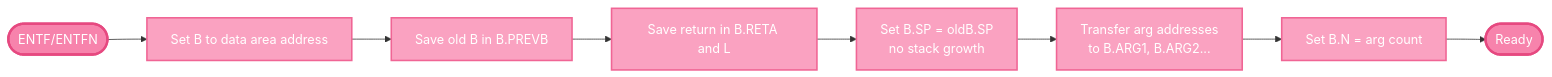
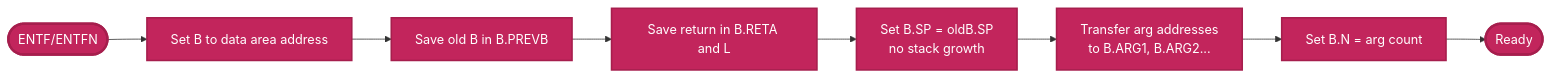
One commit to RetroCoreLabs/nd500x changed diagram 11 of 25 in docs/CALL_and_ENTRY_Points_Explained.md. Above: the diagram before and after it, drawn with Mermaid. The commit also changed other lines of this file, not shown here.

First line of the commit message:
docs: Make Mermaid diagrams WCAG 2.1 Level AA compliant (EAA 2025)

````diff
--- a/docs/CALL_and_ENTRY_Points_Explained.md
+++ b/docs/CALL_and_ENTRY_Points_Explained.md
@@ -457,19 +457,19 @@
 ```mermaid
 flowchart LR
     Start([ENTF/ENTFN]) --> S1[Set B to data area address]
     S1 --> S2[Save old B in B.PREVB]
     S2 --> S3[Save return in B.RETA and L]
     S3 --> S4[Set B.SP = oldB.SP<br/>no stack growth]
     S4 --> S5[Transfer arg addresses<br/>to B.ARG1, B.ARG2...]
     S5 --> S6[Set B.N = arg count]
     S6 --> Done([Ready])
 
-    style Start fill:#f783ac,stroke:#e64980,stroke-width:3px,color:#fff
-    style S1 fill:#faa2c1,stroke:#f06595,stroke-width:2px,color:#fff
-    style S2 fill:#faa2c1,stroke:#f06595,stroke-width:2px,color:#fff
-    style S3 fill:#faa2c1,stroke:#f06595,stroke-width:2px,color:#fff
-    style S4 fill:#faa2c1,stroke:#f06595,stroke-width:2px,color:#fff
-    style S5 fill:#faa2c1,stroke:#f06595,stroke-width:2px,color:#fff
-    style S6 fill:#faa2c1,stroke:#f06595,stroke-width:2px,color:#fff
-    style Done fill:#f783ac,stroke:#e64980,stroke-width:3px,color:#fff
+    style Start fill:#c2255c,stroke:#a61e4d,stroke-width:3px,color:#fff
+    style S1 fill:#c2255c,stroke:#a61e4d,stroke-width:2px,color:#fff
+    style S2 fill:#c2255c,stroke:#a61e4d,stroke-width:2px,color:#fff
+    style S3 fill:#c2255c,stroke:#a61e4d,stroke-width:2px,color:#fff
+    style S4 fill:#c2255c,stroke:#a61e4d,stroke-width:2px,color:#fff
+    style S5 fill:#c2255c,stroke:#a61e4d,stroke-width:2px,color:#fff
+    style S6 fill:#c2255c,stroke:#a61e4d,stroke-width:2px,color:#fff
+    style Done fill:#c2255c,stroke:#a61e4d,stroke-width:3px,color:#fff
 ```
````
